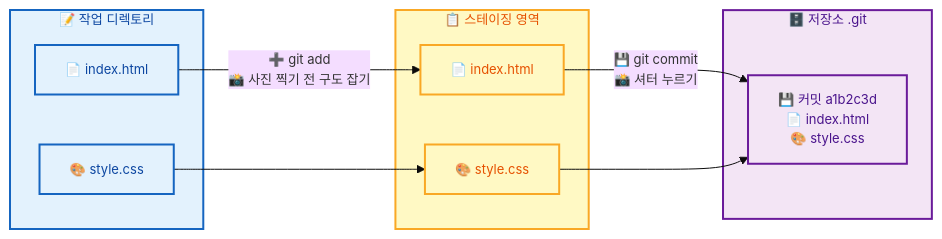
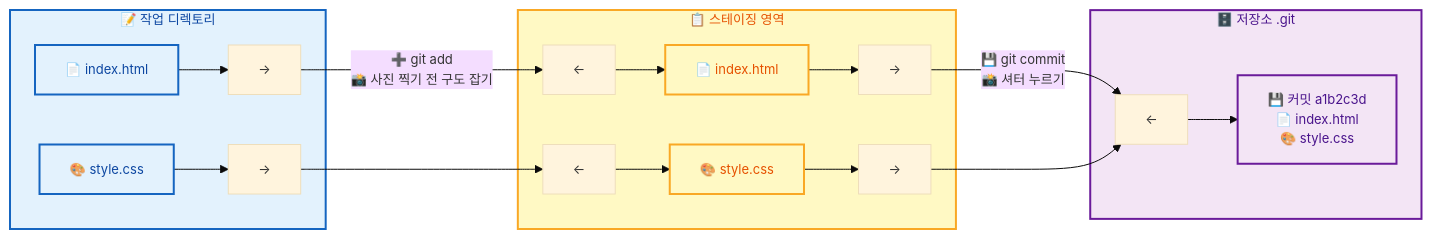
The diagram in git/02_기초/03_추가와_커밋.md (jingu279/Document), drawn with Mermaid before and after one commit. The commit also changed 2 other files, not shown here.

Commit message:
Fix Git book cross-subgraph Mermaid connections
3 files, 7 cross-subgraph connections fixed:
- 추가와_커밋: WD→SA→RE bridge nodes
- Fork와_기여: Upstream→Origin→Local bridge nodes
- Gerrit_소개: Developer→GerritServer bridge nodes

````diff
--- a/git/02_기초/03_추가와_커밋.md
+++ b/git/02_기초/03_추가와_커밋.md
@@ -63,30 +63,40 @@
 ```mermaid
 %%{init: {'theme': 'base', 'themeVariables': {'fontSize': '13px'}}}%%
 flowchart LR
   subgraph WD["📝 작업 디렉토리"]
-    W1["📄 index.html"]
-    W2["🎨 style.css"]
+    W1["📄 index.html"] --> WD_Out1
+    W2["🎨 style.css"] --> WD_Out2
   end
   subgraph SA["📋 스테이징 영역"]
-    S1["📄 index.html"]
-    S2["🎨 style.css"]
+    SA_In1["←"] --> S1["📄 index.html"]
+    SA_In2["←"] --> S2["🎨 style.css"]
+    S1 --> SA_Out1
+    S2 --> SA_Out2
   end
   subgraph RE["🗄️ 저장소 .git"]
-    R1["💾 커밋 a1b2c3d<br/>📄 index.html<br/>🎨 style.css"]
+    RE_In1["←"] --> R1["💾 커밋 a1b2c3d<br/>📄 index.html<br/>🎨 style.css"]
   end
 
-  W1 -->|"➕ git add<br/>📸 사진 찍기 전 구도 잡기"| S1
-  W2 --> S2
-  S1 -->|"💾 git commit<br/>📸 셔터 누르기"| R1
-  S2 --> R1
+  WD_Out1["→"]
+  WD_Out2["→"]
+  SA_In1["←"]
+  SA_In2["←"]
+  SA_Out1["→"]
+  SA_Out2["→"]
+  RE_In1["←"]
+
+  WD_Out1 -->|"➕ git add<br/>📸 사진 찍기 전 구도 잡기"| SA_In1
+  WD_Out2 --> SA_In2
+  SA_Out1 -->|"💾 git commit<br/>📸 셔터 누르기"| RE_In1
+  SA_Out2 --> RE_In1
 
   classDef main fill:#fff3e0,stroke:#e65100,stroke-width:2px,color:#bf360c
   classDef sub fill:#e8f5e9,stroke:#2e7d32,stroke-width:2px,color:#1b5e20
   classDef proc fill:#e3f2fd,stroke:#1565c0,stroke-width:2px,color:#0d47a1
   classDef decision fill:#fff9c4,stroke:#f9a825,stroke-width:2px,color:#e65100
   classDef highlight fill:#f3e5f5,stroke:#6a1b9a,stroke-width:2px,color:#4a148c
 
   class WD,W1,W2 proc
   class SA,S1,S2 decision
   class RE,R1 highlight
 ```
````
